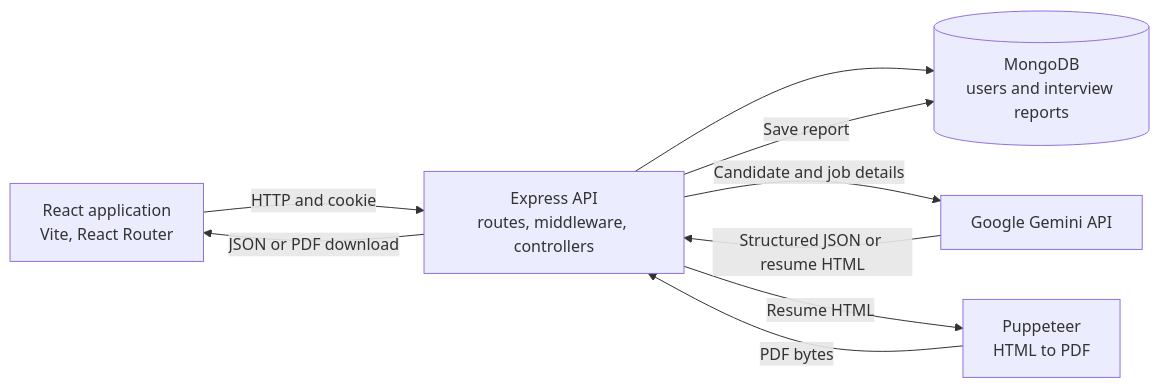
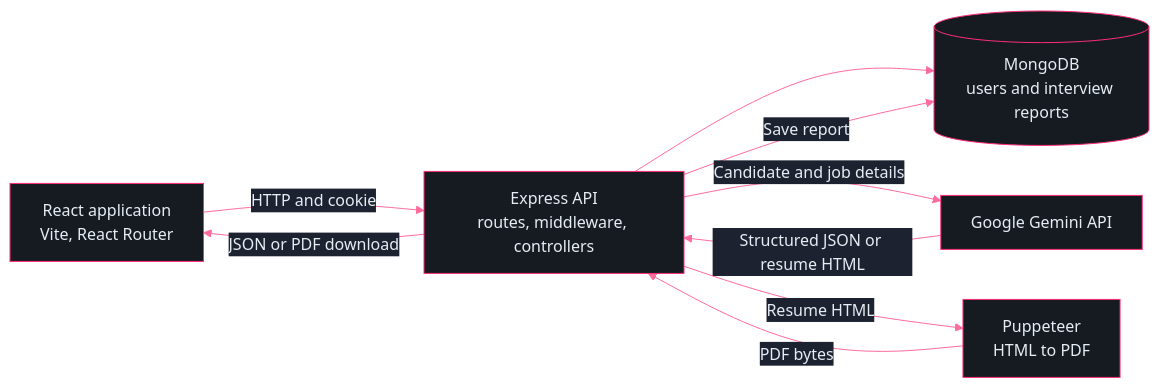
Before and after one commit to OnkarPawar26/interview-ai: the first of 2 diagrams in README.md, drawn with Mermaid. The commit also changed other lines of this file, not shown here.

````diff
--- a/README.md
+++ b/README.md
@@ -33,17 +81,18 @@
 ```mermaid
+%%{init: {"theme":"base","themeVariables":{"background":"#0d1117","primaryColor":"#161b22","primaryTextColor":"#e6edf3","primaryBorderColor":"#ff2d78","lineColor":"#ff6b9d","secondaryColor":"#1c2230","tertiaryColor":"#1e2535","fontFamily":"system-ui"}}}%%
 flowchart LR
     Browser[React application<br/>Vite, React Router]
     API[Express API<br/>routes, middleware, controllers]
     Mongo[(MongoDB<br/>users and interview reports)]
     Gemini[Google Gemini API]
     Chrome[Puppeteer<br/>HTML to PDF]
 
     Browser -->|HTTP and cookie| API
     API --> Mongo
     API -->|Candidate and job details| Gemini
     Gemini -->|Structured JSON or resume HTML| API
     API -->|Save report| Mongo
     API -->|Resume HTML| Chrome
     Chrome -->|PDF bytes| API
     API -->|JSON or PDF download| Browser
 ```
````
